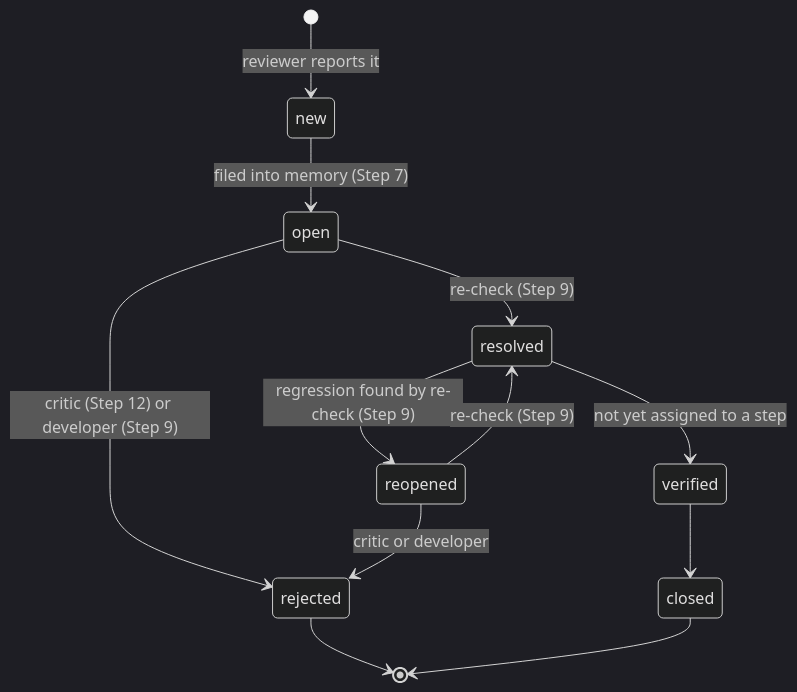
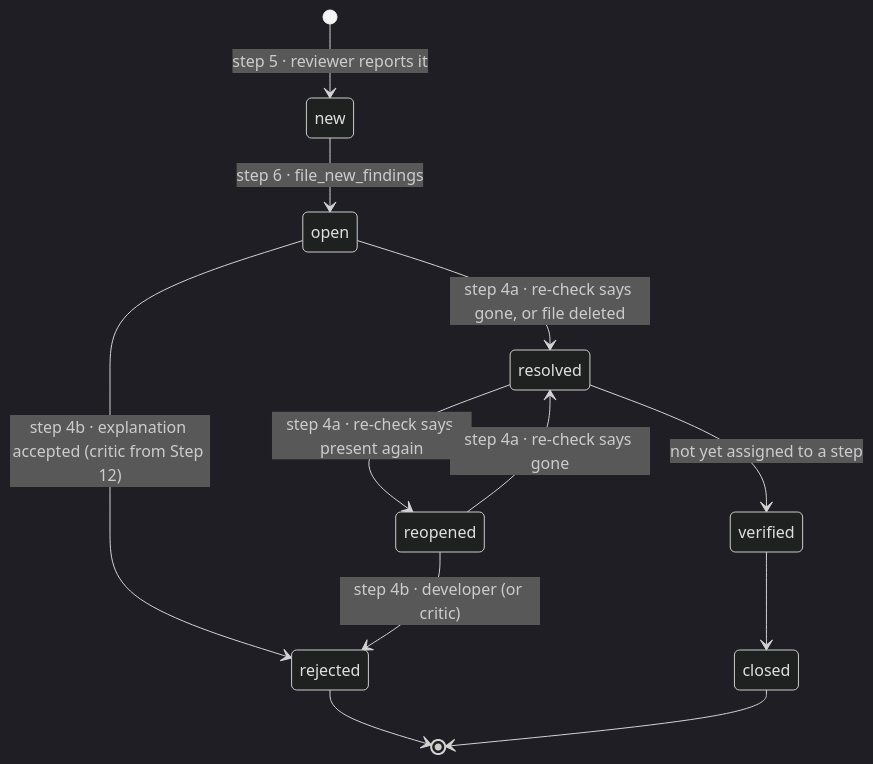
One commit to bryanChatsirichai/github_agentic_pr_reviewer changed the eighth of 14 diagrams in docs/agentic-pr-review-system-design.v1.md. Above: the diagram before and after it, drawn with Mermaid (dark theme). The commit also changed other lines of this file and 3 other files, not shown here.

Commit message:
Docs: Update architecture and roadmap

````diff
--- a/docs/agentic-pr-review-system-design.v1.md
+++ b/docs/agentic-pr-review-system-design.v1.md
@@ -537,14 +403,14 @@
 ```mermaid
 stateDiagram-v2
-    [*] --> new: reviewer reports it
-    new --> open: filed into memory (Step 7)
-    open --> resolved: re-check (Step 9)
-    open --> rejected: critic (Step 12) or developer (Step 9)
-    resolved --> reopened: regression found by re-check (Step 9)
+    [*] --> new: step 5 · reviewer reports it
+    new --> open: step 6 · file_new_findings
+    open --> resolved: step 4a · re-check says gone, or file deleted
+    open --> rejected: step 4b · explanation accepted (critic from Step 12)
+    resolved --> reopened: step 4a · re-check says present again
     resolved --> verified: not yet assigned to a step
-    reopened --> resolved: re-check (Step 9)
-    reopened --> rejected: critic or developer
+    reopened --> resolved: step 4a · re-check says gone
+    reopened --> rejected: step 4b · developer (or critic)
     verified --> closed
     rejected --> [*]
     closed --> [*]
 ```
````
